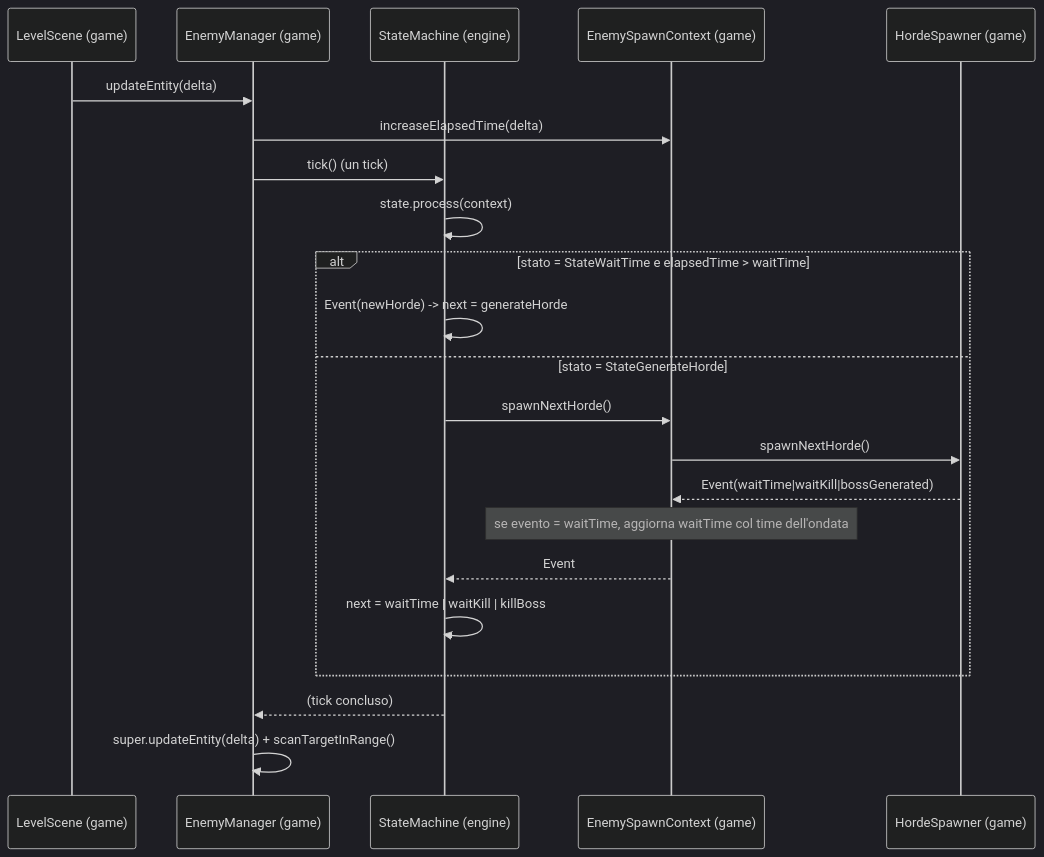
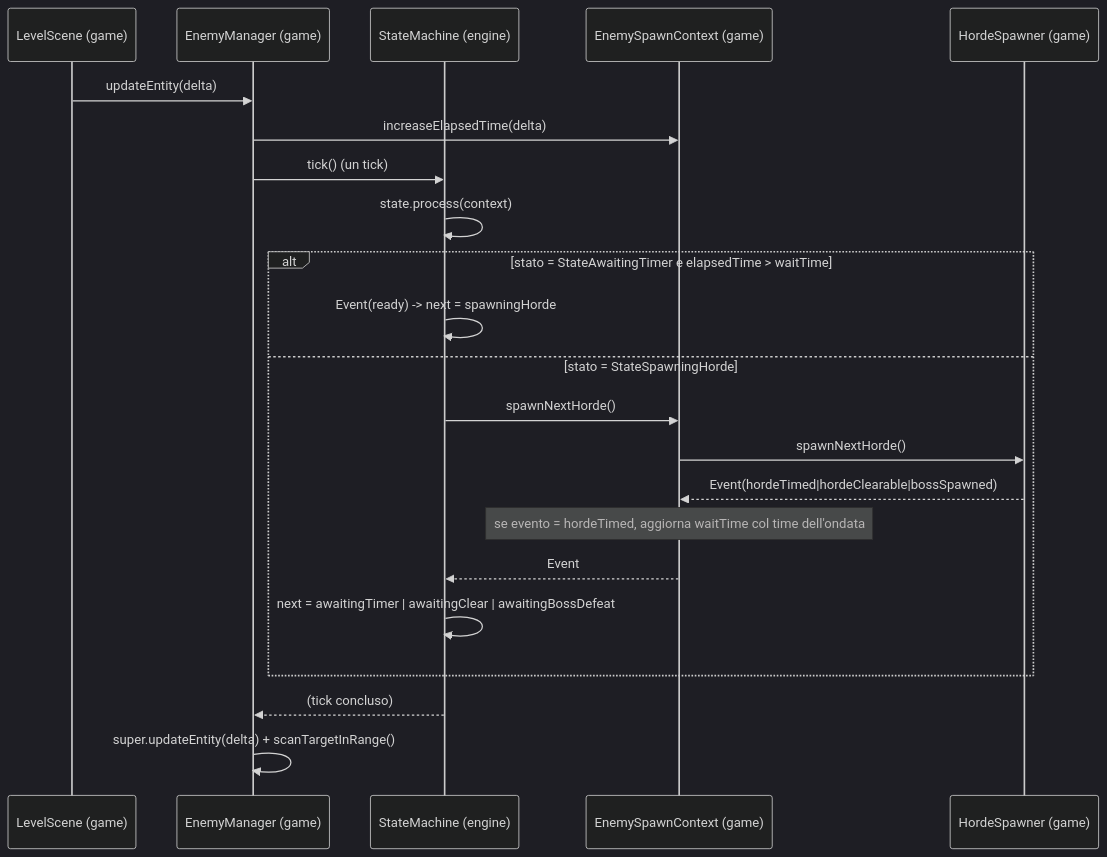
One commit to alesky78/TigerSupply changed the diagram in documentation/subsystems/enemy-spawn-lifecycle/sequenziamento-horde.md. Above: the diagram before and after it, drawn with Mermaid (dark theme). The commit also changed other lines of this file and 17 other files, not shown here.

````diff
--- a/documentation/subsystems/enemy-spawn-lifecycle/sequenziamento-horde.md
+++ b/documentation/subsystems/enemy-spawn-lifecycle/sequenziamento-horde.md
@@ -105,25 +105,25 @@
 ```mermaid
 sequenceDiagram
     participant LS as LevelScene (game)
     participant EM as EnemyManager (game)
     participant SM as StateMachine (engine)
     participant CTX as EnemySpawnContext (game)
     participant HS as HordeSpawner (game)
 
     LS->>EM: updateEntity(delta)
     EM->>CTX: increaseElapsedTime(delta)
     EM->>SM: tick()  (un tick)
     SM->>SM: state.process(context)
-    alt stato = StateWaitTime e elapsedTime > waitTime
-        SM->>SM: Event(newHorde) -> next = generateHorde
-    else stato = StateGenerateHorde
+    alt stato = StateAwaitingTimer e elapsedTime > waitTime
+        SM->>SM: Event(ready) -> next = spawningHorde
+    else stato = StateSpawningHorde
         SM->>CTX: spawnNextHorde()
         CTX->>HS: spawnNextHorde()
-        HS-->>CTX: Event(waitTime|waitKill|bossGenerated)
-        Note over CTX: se evento = waitTime, aggiorna waitTime col time dell'ondata
+        HS-->>CTX: Event(hordeTimed|hordeClearable|bossSpawned)
+        Note over CTX: se evento = hordeTimed, aggiorna waitTime col time dell'ondata
         CTX-->>SM: Event
-        SM->>SM: next = waitTime | waitKill | killBoss
+        SM->>SM: next = awaitingTimer | awaitingClear | awaitingBossDefeat
     end
     SM-->>EM: (tick concluso)
     EM->>EM: super.updateEntity(delta) + scanTargetInRange()
 ```
````
